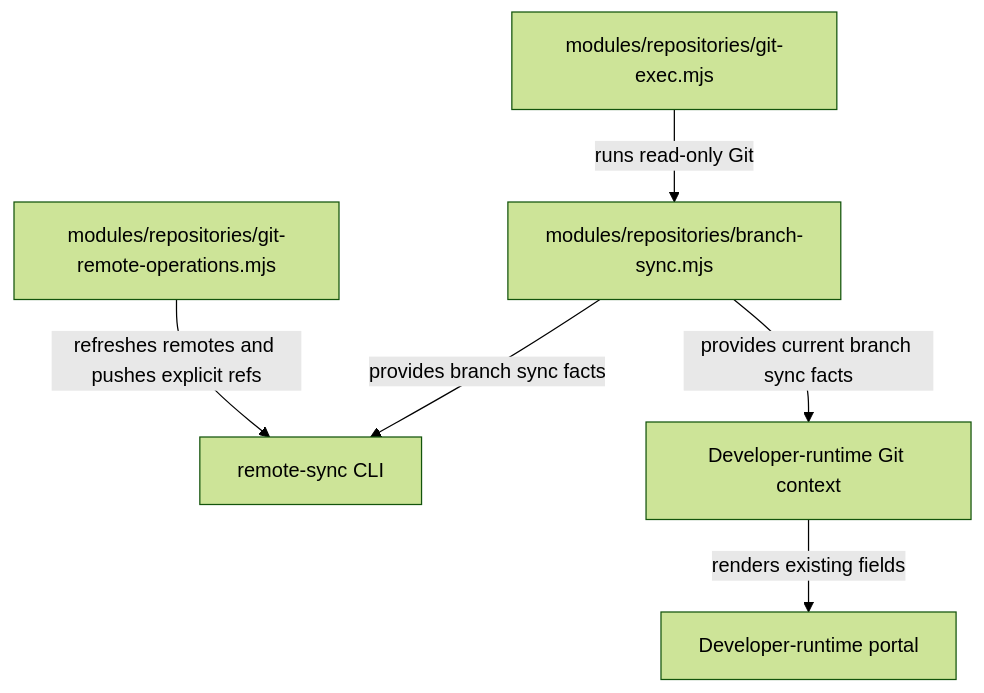
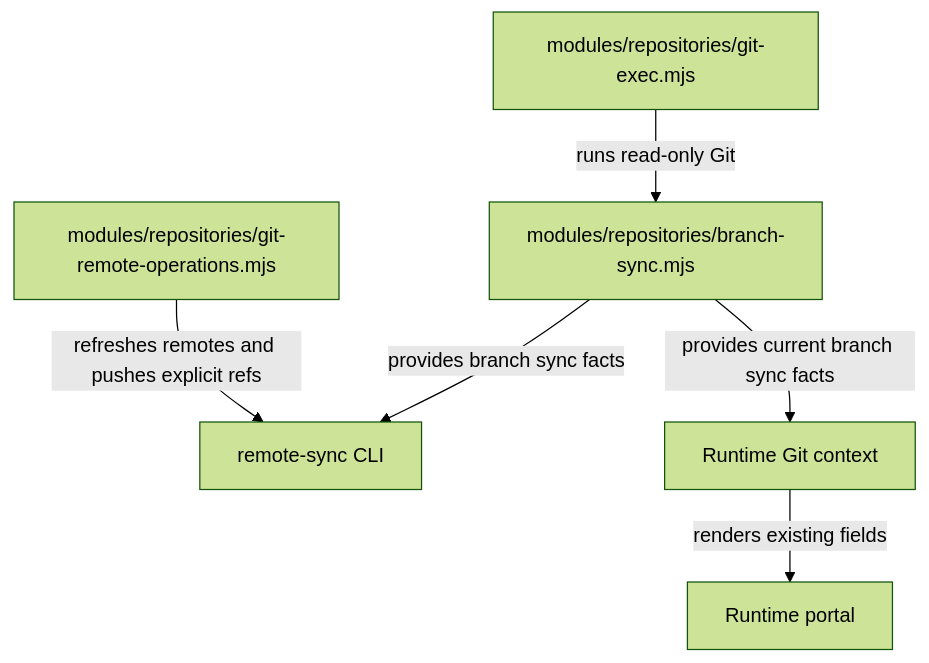
The first of 3 diagrams in docs/plans/completed/git-remote-sync-local-commit-safety.md (kirinmurphy/roborepo), drawn with Mermaid (forest theme) before and after one commit. The commit also changed other lines of this file and 43 other files, not shown here.

````diff
--- a/docs/plans/completed/git-remote-sync-local-commit-safety.md
+++ b/docs/plans/completed/git-remote-sync-local-commit-safety.md
@@ -89,8 +89,8 @@
 ```mermaid
 flowchart TD
   A["modules/repositories/branch-sync.mjs"] -->|"provides branch sync facts"| B["remote-sync CLI"]
-  A -->|"provides current branch sync facts"| C["Developer-runtime Git context"]
+  A -->|"provides current branch sync facts"| C["Runtime Git context"]
   D["modules/repositories/git-exec.mjs"] -->|"runs read-only Git"| A
   E["modules/repositories/git-remote-operations.mjs"] -->|"refreshes remotes and pushes explicit refs"| B
-  C -->|"renders existing fields"| F["Developer-runtime portal"]
+  C -->|"renders existing fields"| F["Runtime portal"]
 ```
````
